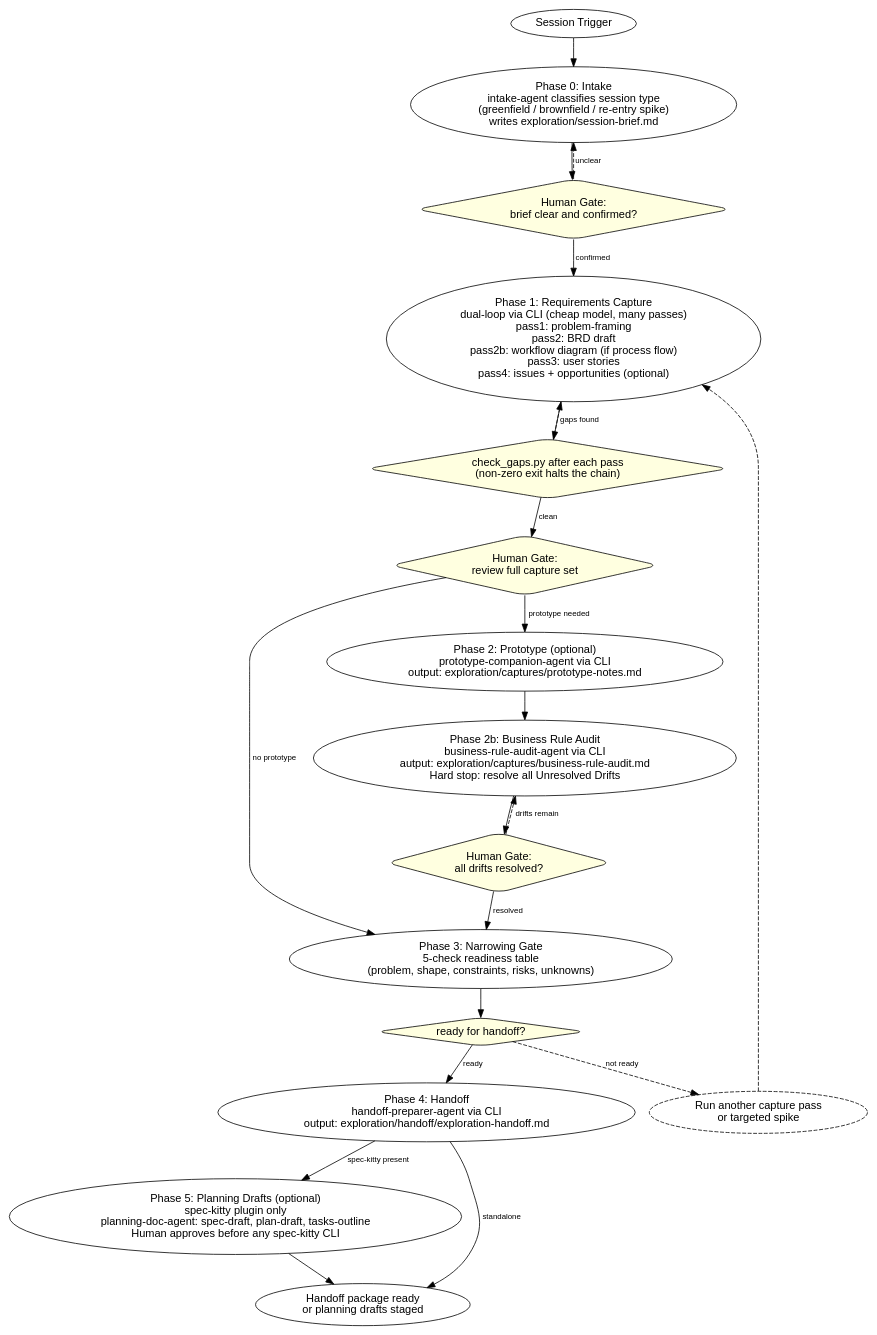
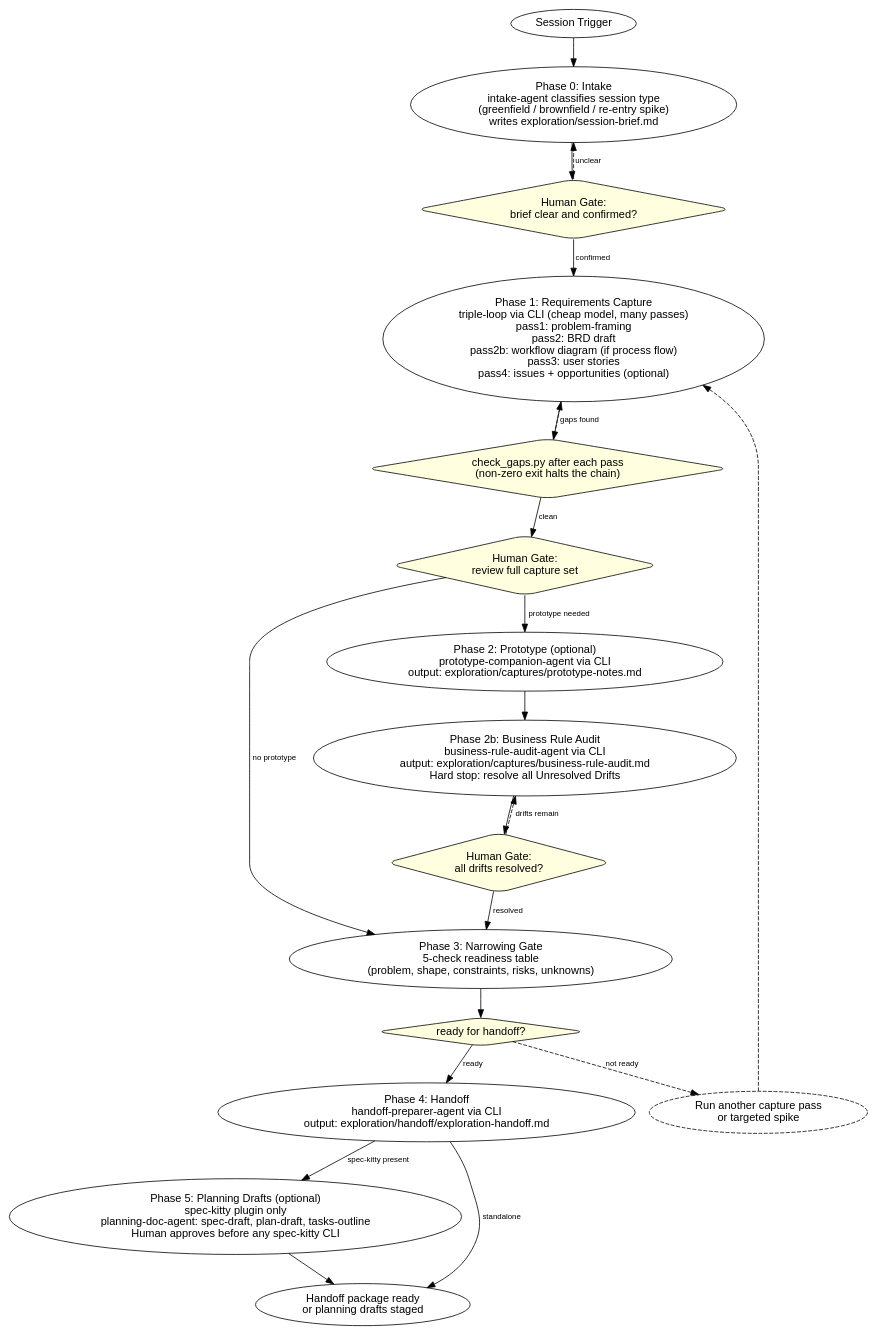
Before and after one commit to richfrem/agent-plugins-skills: the diagram in plugins/exploration-cycle-plugin/skills/exploration-workflow/SKILL.md, drawn with Graphviz. The commit also changed other lines of this file and 102 other files, not shown here.

````diff
--- a/plugins/exploration-cycle-plugin/skills/exploration-workflow/SKILL.md
+++ b/plugins/exploration-cycle-plugin/skills/exploration-workflow/SKILL.md
@@ -43,43 +43,43 @@
 ```dot
 digraph exploration_workflow_phase_a {
   rankdir=TB;
   node [shape=box, style="rounded,filled", fillcolor=white, fontname=Helvetica];
   edge [fontname=Helvetica, fontsize=10];
 
   node [shape=ellipse] Start [label="Session Trigger"];
 
   Phase0  [label="Phase 0: Intake\nintake-agent classifies session type\n(greenfield / brownfield / re-entry spike)\nwrites exploration/session-brief.md"];
   HG0     [label="Human Gate:\nbrief clear and confirmed?", shape=diamond, fillcolor=lightyellow];
-  Phase1  [label="Phase 1: Requirements Capture\ndual-loop via CLI (cheap model, many passes)\npass1: problem-framing\npass2: BRD draft\npass2b: workflow diagram (if process flow)\npass3: user stories\npass4: issues + opportunities (optional)"];
+  Phase1  [label="Phase 1: Requirements Capture\ntriple-loop via CLI (cheap model, many passes)\npass1: problem-framing\npass2: BRD draft\npass2b: workflow diagram (if process flow)\npass3: user stories\npass4: issues + opportunities (optional)"];
   GapCheck [label="check_gaps.py after each pass\n(non-zero exit halts the chain)", shape=diamond, fillcolor=lightyellow];
   HG1     [label="Human Gate:\nreview full capture set", shape=diamond, fillcolor=lightyellow];
   Phase2  [label="Phase 2: Prototype (optional)\nprototype-companion-agent via CLI\noutput: exploration/captures/prototype-notes.md"];
   Phase2b [label="Phase 2b: Business Rule Audit\nbusiness-rule-audit-agent via CLI\nautput: exploration/captures/business-rule-audit.md\nHard stop: resolve all Unresolved Drifts"];
   HG2     [label="Human Gate:\nall drifts resolved?", shape=diamond, fillcolor=lightyellow];
   Phase3  [label="Phase 3: Narrowing Gate\n5-check readiness table\n(problem, shape, constraints, risks, unknowns)"];
   NarrowOK [label="ready for handoff?", shape=diamond, fillcolor=lightyellow];
   MoreCapture [label="Run another capture pass\nor targeted spike", style=dashed];
   Phase4  [label="Phase 4: Handoff\nhandoff-preparer-agent via CLI\noutput: exploration/handoff/exploration-handoff.md"];
   Phase5  [label="Phase 5: Planning Drafts (optional)\nspec-kitty plugin only\nplanning-doc-agent: spec-draft, plan-draft, tasks-outline\nHuman approves before any spec-kitty CLI"];
   End     [label="Handoff package ready\nor planning drafts staged", shape=ellipse];
 
   Start -> Phase0 -> HG0;
   HG0 -> Phase1 [label="confirmed"];
   HG0 -> Phase0 [label="unclear", style=dashed];
   Phase1 -> GapCheck;
   GapCheck -> Phase1 [label="gaps found", style=dashed];
   GapCheck -> HG1 [label="clean"];
   HG1 -> Phase2 [label="prototype needed"];
   HG1 -> Phase3 [label="no prototype"];
   Phase2 -> Phase2b -> HG2;
   HG2 -> Phase3 [label="resolved"];
   HG2 -> Phase2b [label="drifts remain", style=dashed];
   Phase3 -> NarrowOK;
   NarrowOK -> Phase4 [label="ready"];
   NarrowOK -> MoreCapture [label="not ready", style=dashed];
   MoreCapture -> Phase1 [style=dashed];
   Phase4 -> Phase5 [label="spec-kitty present"];
   Phase4 -> End [label="standalone"];
   Phase5 -> End;
 }
 ```
````
